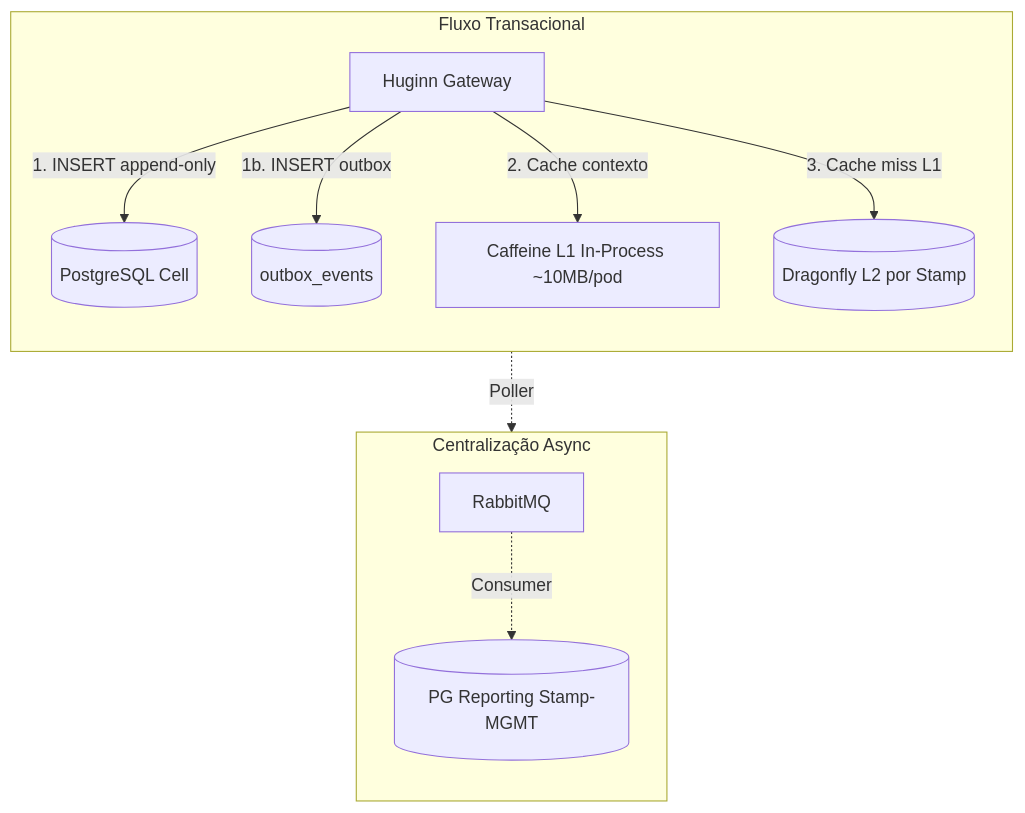
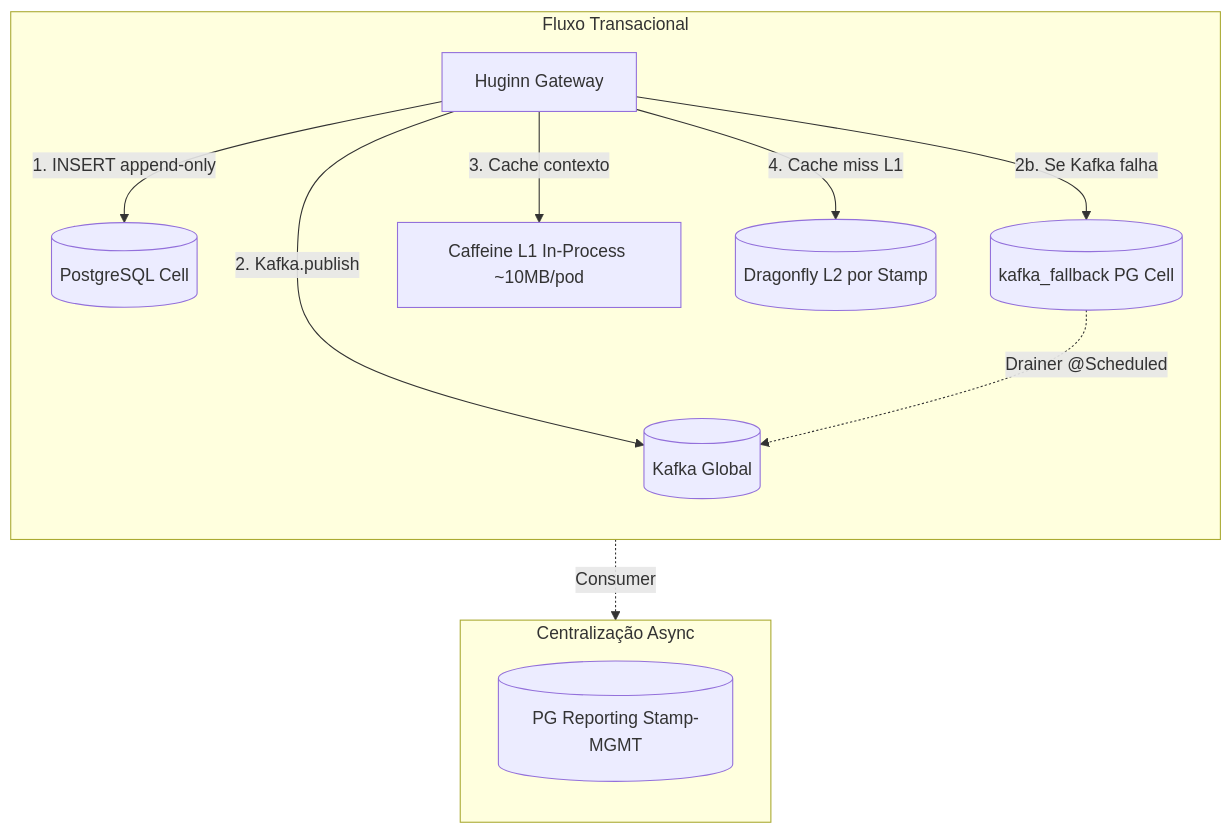
Before and after one commit to edercnj/claude-environment: the second of 4 diagrams in ARCHITECTURE-OVERVIEW.md, drawn with Mermaid. The commit also changed other lines of this file, not shown here.

Commit message:
feat: Update architecture to version 6.0.0, replacing RabbitMQ with Apache Kafka (KRaft) and introducing Kafka Fallback while removing the Outbox Pattern.

````diff
--- a/ARCHITECTURE-OVERVIEW.md
+++ b/ARCHITECTURE-OVERVIEW.md
@@ -265,16 +267,17 @@
 ```mermaid
 flowchart TD
     subgraph Transaction ["Fluxo Transacional"]
         direction TB
         Huginn[Huginn Gateway] -->|1. INSERT append-only| PG[(PostgreSQL Cell)]
-        Huginn -->|1b. INSERT outbox| Outbox[(outbox_events)]
-        Huginn -->|2. Cache contexto| L1[Caffeine L1 In-Process ~10MB/pod]
-        Huginn -->|3. Cache miss L1| DF[(Dragonfly L2 por Stamp)]
+        Huginn -->|2. Kafka.publish| Kafka[(Kafka Global)]
+        Huginn -->|2b. Se Kafka falha| Fallback[(kafka_fallback PG Cell)]
+        Huginn -->|3. Cache contexto| L1[Caffeine L1 In-Process ~10MB/pod]
+        Huginn -->|4. Cache miss L1| DF[(Dragonfly L2 por Stamp)]
     end
 
     subgraph Centralization ["Centralização Async"]
         direction TB
-        Outbox -.->|Poller| RMQ[RabbitMQ]
-        RMQ -.->|Consumer| ReportingDB[(PG Reporting Stamp-MGMT)]
+        Kafka -.->|Consumer| ReportingDB[(PG Reporting Stamp-MGMT)]
+        Fallback -.->|Drainer @Scheduled| Kafka
     end
 ```
````
